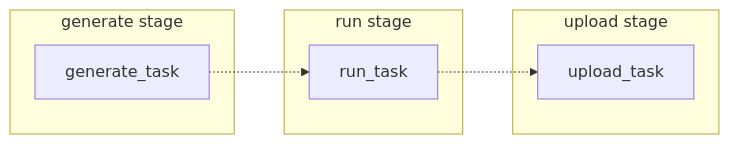
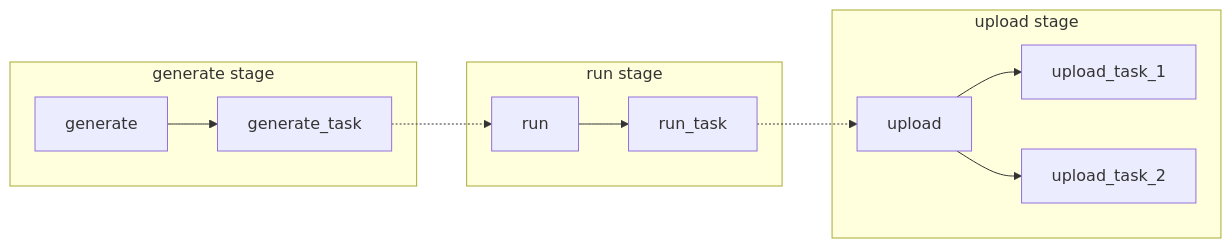
Before and after one commit to dicehub/dicehub-docs: the diagram in docs/guide/essentials/flows.md, drawn with Mermaid. The commit also changed other lines of this file and 46 other files, not shown here.

````diff
--- a/docs/guide/essentials/flows.md
+++ b/docs/guide/essentials/flows.md
@@ -28,14 +32,15 @@
 ```mermaid
 graph LR;
   subgraph upload stage;
-    upload_task;
+    upload --> upload_task_1;
+    upload --> upload_task_2;
   end;
   subgraph run stage;
-    run_task;
+    run --> run_task;
   end;
   subgraph generate stage;
-    generate_task;
+    generate --> generate_task;
   end;
-  generate_task-.->run_task;
-  run_task-.->upload_task;
+  generate_task -.-> run;
+  run_task -.-> upload;
 ```
````
